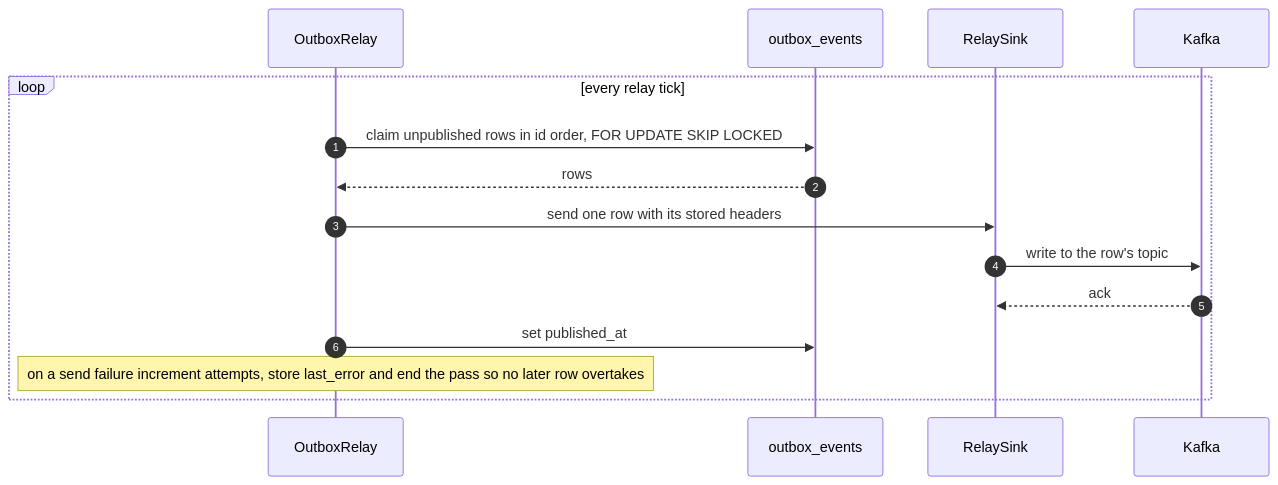
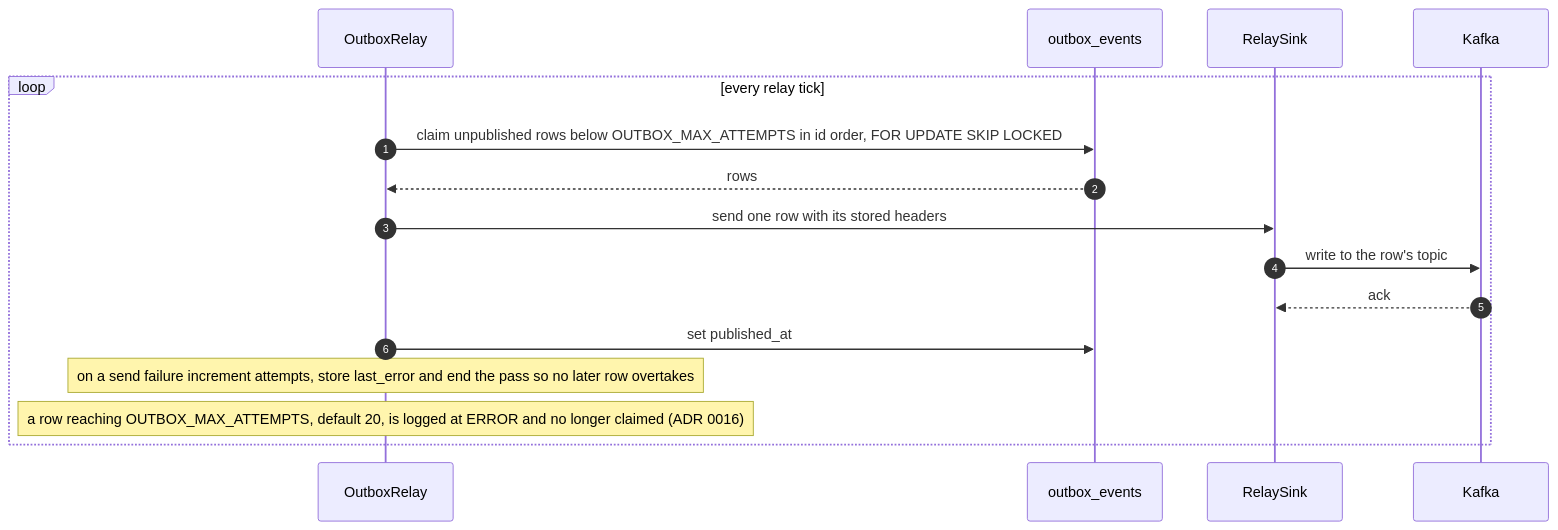
The fourth of 8 diagrams in docs/contexts/network-inventory-planning/sequence-diagrams.md (IQVO/warehouse-docs), drawn with Mermaid before and after one commit. The commit also changed other lines of this file and 90 other files, not shown here.

````diff
--- a/docs/contexts/network-inventory-planning/sequence-diagrams.md
+++ b/docs/contexts/network-inventory-planning/sequence-diagrams.md
@@ -106,17 +106,18 @@
 ```mermaid
 sequenceDiagram
   autonumber
   participant L as OutboxRelay
   participant DB as outbox_events
   participant S as RelaySink
   participant K as Kafka
   loop every relay tick
-    L->>DB: claim unpublished rows in id order, FOR UPDATE SKIP LOCKED
+    L->>DB: claim unpublished rows below OUTBOX_MAX_ATTEMPTS in id order, FOR UPDATE SKIP LOCKED
     DB-->>L: rows
     L->>S: send one row with its stored headers
     S->>K: write to the row's topic
     K-->>S: ack
     L->>DB: set published_at
     Note over L: on a send failure increment attempts, store last_error and end the pass so no later row overtakes
+    Note over L: a row reaching OUTBOX_MAX_ATTEMPTS, default 20, is logged at ERROR and no longer claimed (ADR 0016)
   end
 ```
````
